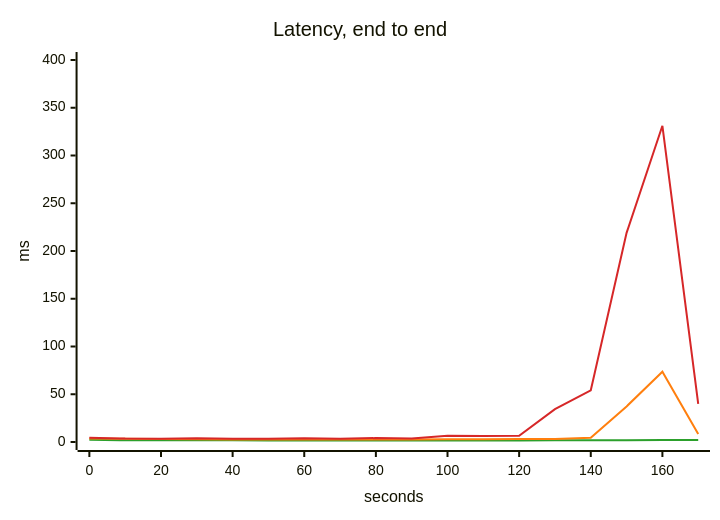
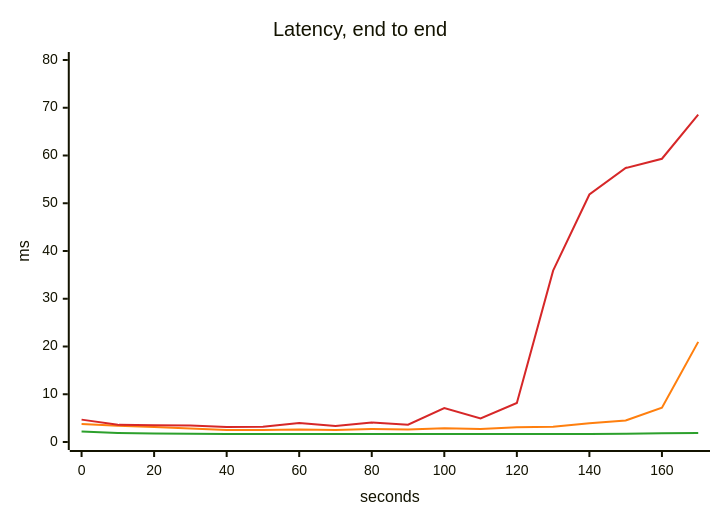
The third of 5 diagrams in scenarios/stale-orders/solutions/read-your-writes/report.md (akinfemi/load-lore), drawn with Mermaid before and after one commit. The commit also changed other lines of this file and 71 other files, not shown here.

````diff
--- a/scenarios/stale-orders/solutions/read-your-writes/report.md
+++ b/scenarios/stale-orders/solutions/read-your-writes/report.md
@@ -58,16 +58,16 @@
 ```mermaid
 ---
 config:
   themeVariables:
     xyChart:
       backgroundColor: "transparent"
       plotColorPalette: "#2ca02c, #ff7f0e, #d62728"
 ---
 xychart-beta
     title "Latency, end to end"
     x-axis "seconds" 0 --> 170
-    y-axis "ms" 0 --> 400
-    line [2.237, 1.82, 1.789, 1.758, 1.722, 1.685, 1.689, 1.699, 1.69, 1.696, 1.696, 1.691, 1.702, 1.728, 1.763, 1.874, 2.031, 2.129]
-    line [3.716, 3.279, 3.055, 2.941, 2.507, 2.517, 2.607, 2.519, 2.706, 2.605, 2.963, 2.959, 3.012, 3.264, 4.541, 37.226, 73.616, 8.401]
-    line [4.553, 3.554, 3.467, 3.833, 3.353, 3.418, 3.894, 3.405, 4.133, 3.705, 6.504, 6.263, 6.425, 34.42, 54.095, 218.986, 331.126, 39.974]
+    y-axis "ms" 0 --> 80
+    line [2.21, 1.868, 1.794, 1.748, 1.7, 1.671, 1.672, 1.678, 1.662, 1.664, 1.682, 1.662, 1.697, 1.685, 1.698, 1.728, 1.814, 1.894]
+    line [3.752, 3.398, 3.126, 2.818, 2.508, 2.502, 2.615, 2.526, 2.743, 2.635, 2.905, 2.724, 3.111, 3.21, 3.928, 4.51, 7.163, 20.966]
+    line [4.688, 3.589, 3.516, 3.438, 3.138, 3.178, 3.998, 3.356, 4.083, 3.617, 7.114, 4.948, 8.159, 35.878, 51.829, 57.383, 59.32, 68.564]
 ```
````
